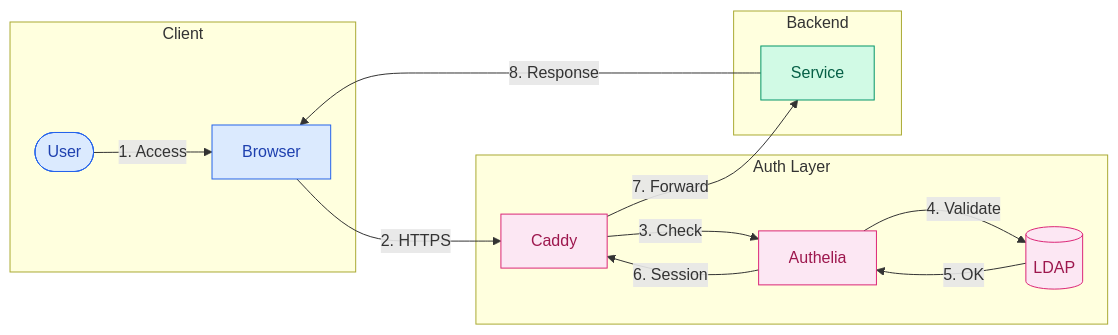
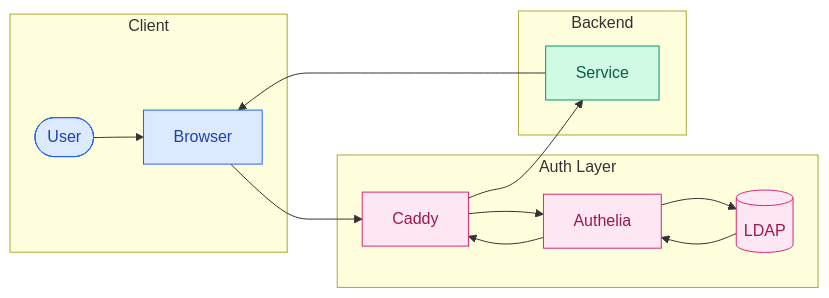
The third of 4 diagrams in docs-site/src/content/docs/guides/introduction.mdx (Mykyta-Home-Server/homeserver), drawn with Mermaid before and after one commit. The commit also changed other lines of this file and 2 other files, not shown here.

First line of the commit message:
Refine Mermaid diagrams: compact layouts and remove labels

````diff
--- a/docs-site/src/content/docs/guides/introduction.mdx
+++ b/docs-site/src/content/docs/guides/introduction.mdx
@@ -127,34 +135,34 @@
 ```mermaid
 flowchart LR
     subgraph Client
         User([User])
         Browser[Browser]
     end
 
     subgraph Auth[Auth Layer]
         Caddy[Caddy]
         Authelia[Authelia]
         LDAP[(LDAP)]
     end
 
     subgraph Backend
         Service[Service]
     end
 
-    User -->|1. Access| Browser
-    Browser -->|2. HTTPS| Caddy
-    Caddy -->|3. Check| Authelia
-    Authelia -->|4. Validate| LDAP
-    LDAP -->|5. OK| Authelia
-    Authelia -->|6. Session| Caddy
-    Caddy -->|7. Forward| Service
-    Service -->|8. Response| Browser
+    User --> Browser
+    Browser --> Caddy
+    Caddy --> Authelia
+    Authelia --> LDAP
+    LDAP --> Authelia
+    Authelia --> Caddy
+    Caddy --> Service
+    Service --> Browser
 
     classDef client fill:#dbeafe,stroke:#2563eb,color:#1e40af
     classDef auth fill:#fce7f3,stroke:#db2777,color:#9d174d
     classDef backend fill:#d1fae5,stroke:#059669,color:#065f46
 
     class User,Browser client
     class Caddy,Authelia,LDAP auth
     class Service backend
 ```
````
